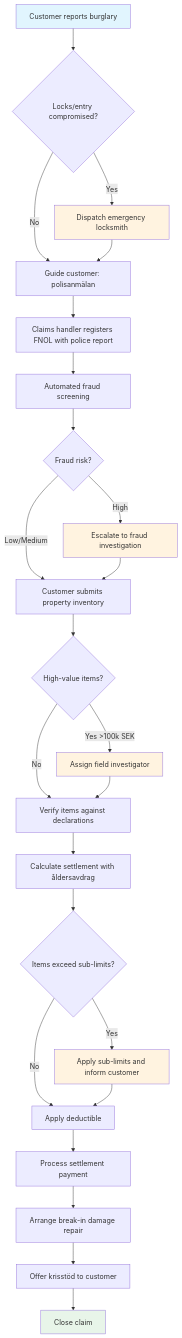
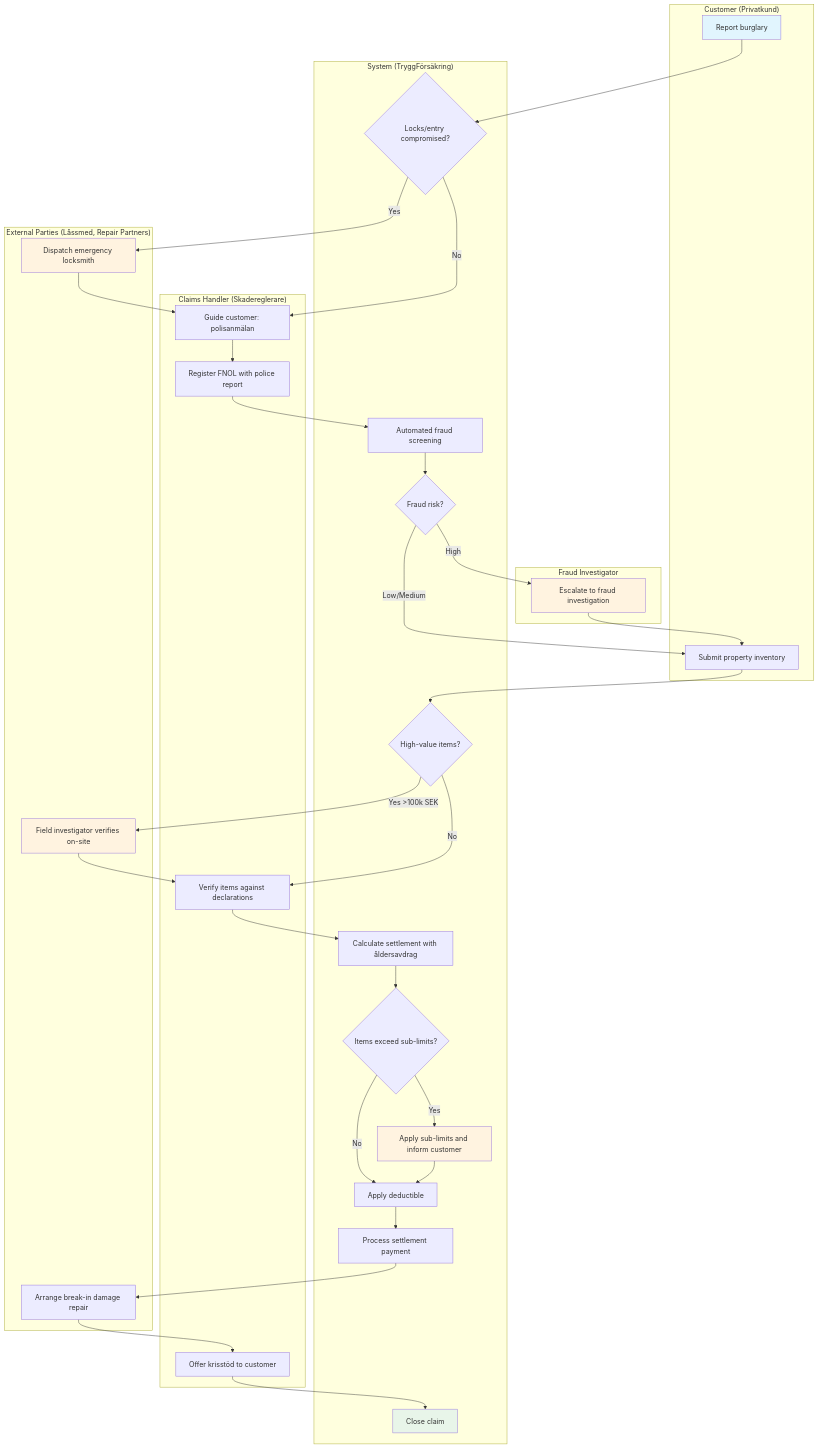
The first of 2 diagrams in docs/phase-2-home-property/use-cases/burglary-and-theft.md (Agentic-software-factory/insurance-platform-requirements), drawn with Mermaid before and after one commit. The commit also changed 9 other files, not shown here.

First line of the commit message:
docs(#122): Upgrade flowcharts to swimlane format for Phase 2 Home & Property use cases (#132)

````diff
--- a/docs/phase-2-home-property/use-cases/burglary-and-theft.md
+++ b/docs/phase-2-home-property/use-cases/burglary-and-theft.md
@@ -41,33 +41,68 @@
 ```mermaid
 flowchart TD
-    A[Customer reports burglary] --> B{Locks/entry compromised?}
-    B -->|Yes| C[Dispatch emergency locksmith]
-    B -->|No| D[Guide customer: polisanmälan]
+    subgraph Customer ["Customer (Privatkund)"]
+        A[Report burglary]
+        I[Submit property inventory]
+    end
+
+    subgraph System ["System (TryggFörsäkring)"]
+        B{Locks/entry compromised?}
+        F[Automated fraud screening]
+        G{Fraud risk?}
+        J{High-value items?}
+        M[Calculate settlement with åldersavdrag]
+        N{Items exceed sub-limits?}
+        O[Apply sub-limits and inform customer]
+        P[Apply deductible]
+        Q[Process settlement payment]
+        T[Close claim]
+    end
+
+    subgraph ClaimsHandler ["Claims Handler (Skadereglerare)"]
+        D[Guide customer: polisanmälan]
+        E[Register FNOL with police report]
+        L[Verify items against declarations]
+        S[Offer krisstöd to customer]
+    end
+
+    subgraph External ["External Parties (Låssmed, Repair Partners)"]
+        C[Dispatch emergency locksmith]
+        K[Field investigator verifies on-site]
+        R[Arrange break-in damage repair]
+    end
+
+    subgraph FraudTeam ["Fraud Investigator"]
+        H[Escalate to fraud investigation]
+    end
+
+    A --> B
+    B -->|Yes| C
+    B -->|No| D
     C --> D
-    D --> E[Claims handler registers FNOL with police report]
-    E --> F[Automated fraud screening]
-    F --> G{Fraud risk?}
-    G -->|High| H[Escalate to fraud investigation]
-    G -->|Low/Medium| I[Customer submits property inventory]
+    D --> E
+    E --> F
+    F --> G
+    G -->|High| H
+    G -->|Low/Medium| I
     H --> I
-    I --> J{High-value items?}
-    J -->|Yes >100k SEK| K[Assign field investigator]
-    J -->|No| L[Verify items against declarations]
+    I --> J
+    J -->|Yes >100k SEK| K
+    J -->|No| L
     K --> L
-    L --> M[Calculate settlement with åldersavdrag]
-    M --> N{Items exceed sub-limits?}
-    N -->|Yes| O[Apply sub-limits and inform customer]
-    N -->|No| P[Apply deductible]
+    L --> M
+    M --> N
+    N -->|Yes| O
+    N -->|No| P
     O --> P
-    P --> Q[Process settlement payment]
-    Q --> R[Arrange break-in damage repair]
-    R --> S[Offer krisstöd to customer]
-    S --> T[Close claim]
+    P --> Q
+    Q --> R
+    R --> S
+    S --> T
 
     style A fill:#e1f5fe
     style T fill:#e8f5e9
     style C fill:#fff3e0
     style H fill:#fff3e0
     style K fill:#fff3e0
     style O fill:#fff3e0
 ```
````
